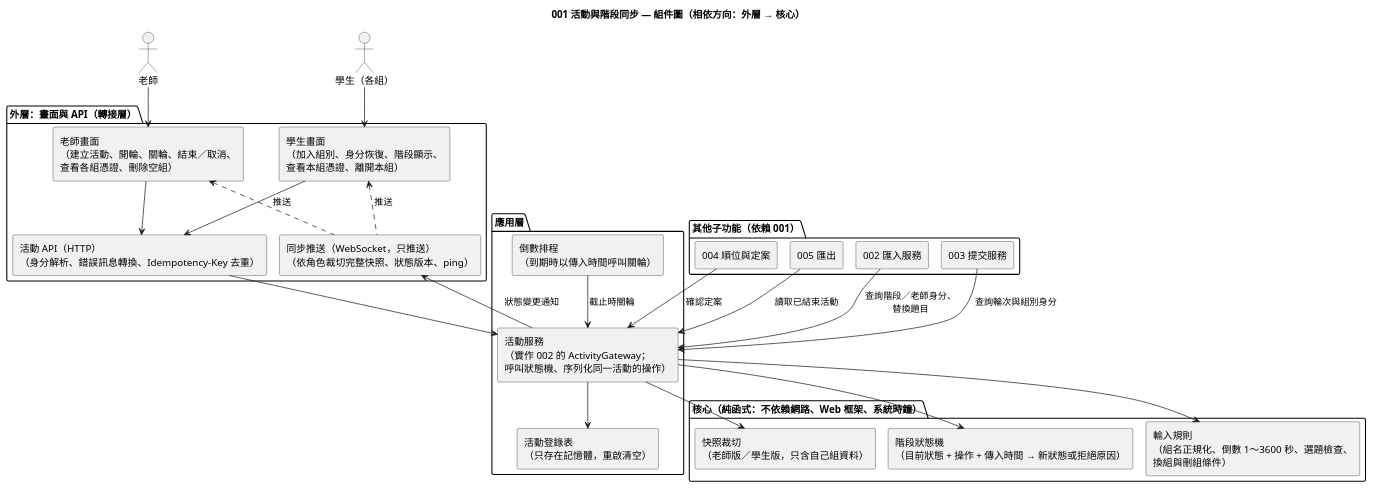
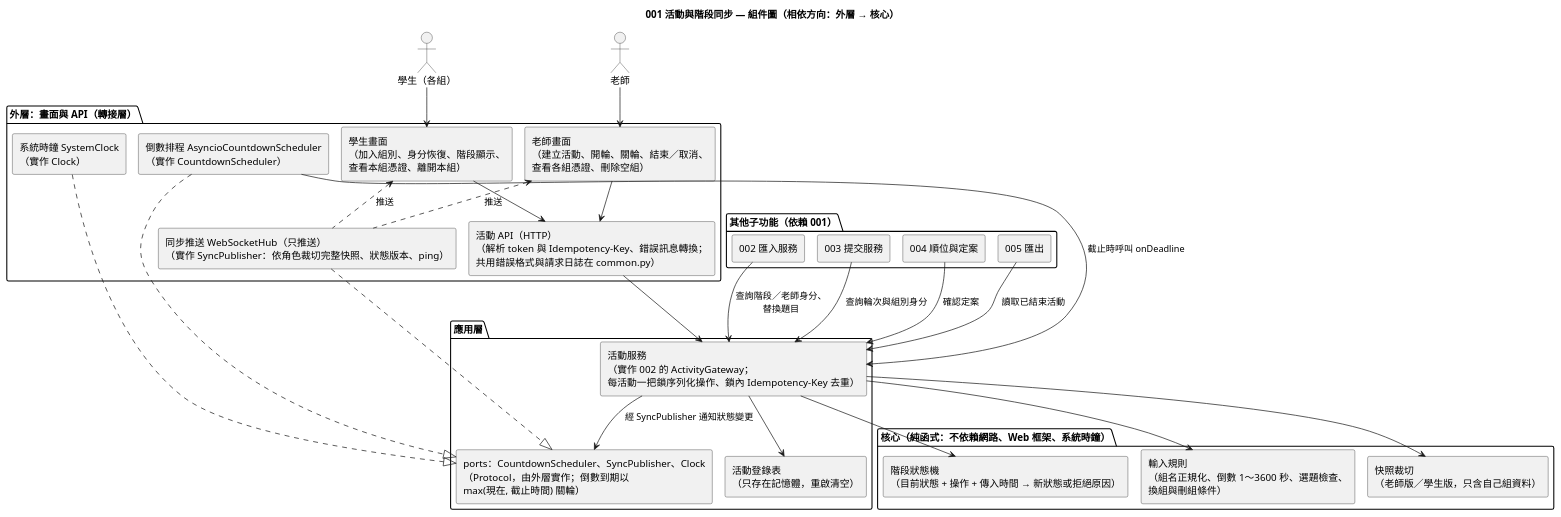
The diagram in diagrams/001-activity-session-component.puml (EricC430/lecture-answer-first_group16_speckit), drawn with PlantUML before and after one commit. The commit also changed 7 other files, not shown here.

First line of the commit message:
docs: 001 圖表與 plan 依實作同步（T082）

```diff
--- a/diagrams/001-activity-session-component.puml
+++ b/diagrams/001-activity-session-component.puml
@@ -1,53 +1,58 @@
 @startuml 001-activity-session-component
 !pragma layout smetana
 skinparam defaultFontName "Microsoft JhengHei"
 skinparam componentStyle rectangle
 title 001 活動與階段同步 — 組件圖（相依方向：外層 → 核心）
 
 actor "老師" as Teacher
 actor "學生（各組）" as Student
 
 package "外層：畫面與 API（轉接層）" {
   [老師畫面\n（建立活動、開輪、關輪、結束／取消、\n查看各組憑證、刪除空組）] as TeacherUI
   [學生畫面\n（加入組別、身分恢復、階段顯示、\n查看本組憑證、離開本組）] as StudentUI
-  [活動 API（HTTP）\n（身分解析、錯誤訊息轉換、Idempotency-Key 去重）] as Api
-  [同步推送（WebSocket，只推送）\n（依角色裁切完整快照、狀態版本、ping）] as Sync
+  [活動 API（HTTP）\n（解析 token 與 Idempotency-Key、錯誤訊息轉換；\n共用錯誤格式與請求日誌在 common.py）] as Api
+  [同步推送 WebSocketHub（只推送）\n（實作 SyncPublisher：依角色裁切完整快照、狀態版本、ping）] as Sync
+  [倒數排程 AsyncioCountdownScheduler\n（實作 CountdownScheduler）] as TimerImpl
+  [系統時鐘 SystemClock\n（實作 Clock）] as ClockImpl
 }
 
 package "應用層" {
-  [活動服務\n（實作 002 的 ActivityGateway；\n呼叫狀態機、序列化同一活動的操作）] as Service
-  [倒數排程\n（到期時以傳入時間呼叫關輪）] as Timer
+  [活動服務\n（實作 002 的 ActivityGateway；\n每活動一把鎖序列化操作、鎖內 Idempotency-Key 去重）] as Service
+  [ports：CountdownScheduler、SyncPublisher、Clock\n（Protocol，由外層實作；倒數到期以\nmax(現在, 截止時間) 關輪）] as Ports
   [活動登錄表\n（只存在記憶體，重啟清空）] as Registry
 }
 
 package "核心（純函式：不依賴網路、Web 框架、系統時鐘）" {
   [階段狀態機\n（目前狀態 + 操作 + 傳入時間 → 新狀態或拒絕原因）] as StateMachine
   [輸入規則\n（組名正規化、倒數 1～3600 秒、選題檢查、\n換組與刪組條件）] as Rules
   [快照裁切\n（老師版／學生版，只含自己組資料）] as View
 }
 
 package "其他子功能（依賴 001）" {
   [002 匯入服務] as Import
   [003 提交服務] as Submit
   [004 順位與定案] as Ranking
   [005 匯出] as Export
 }
 
 Teacher --> TeacherUI
 Student --> StudentUI
 TeacherUI --> Api
 StudentUI --> Api
 TeacherUI <.. Sync : 推送
 StudentUI <.. Sync : 推送
 Api --> Service
-Timer --> Service : 截止時關輪
+TimerImpl ..|> Ports
+Sync ..|> Ports
+ClockImpl ..|> Ports
+TimerImpl --> Service : 截止時呼叫 onDeadline
 Service --> Registry
 Service --> StateMachine
 Service --> Rules
 Service --> View
-Service --> Sync : 狀態變更通知
+Service --> Ports : 經 SyncPublisher 通知狀態變更
 Import --> Service : 查詢階段／老師身分、\n替換題目
 Submit --> Service : 查詢輪次與組別身分
 Ranking --> Service : 確認定案
 Export --> Service : 讀取已結束活動
 @enduml
```
